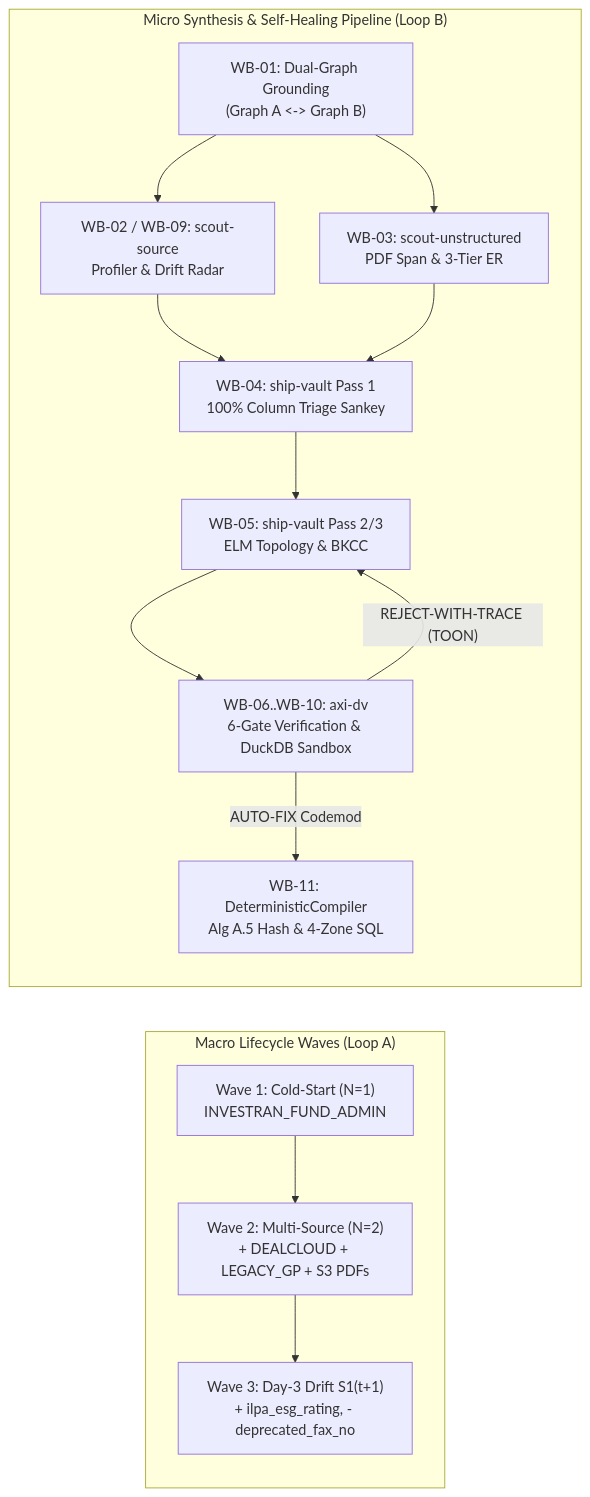
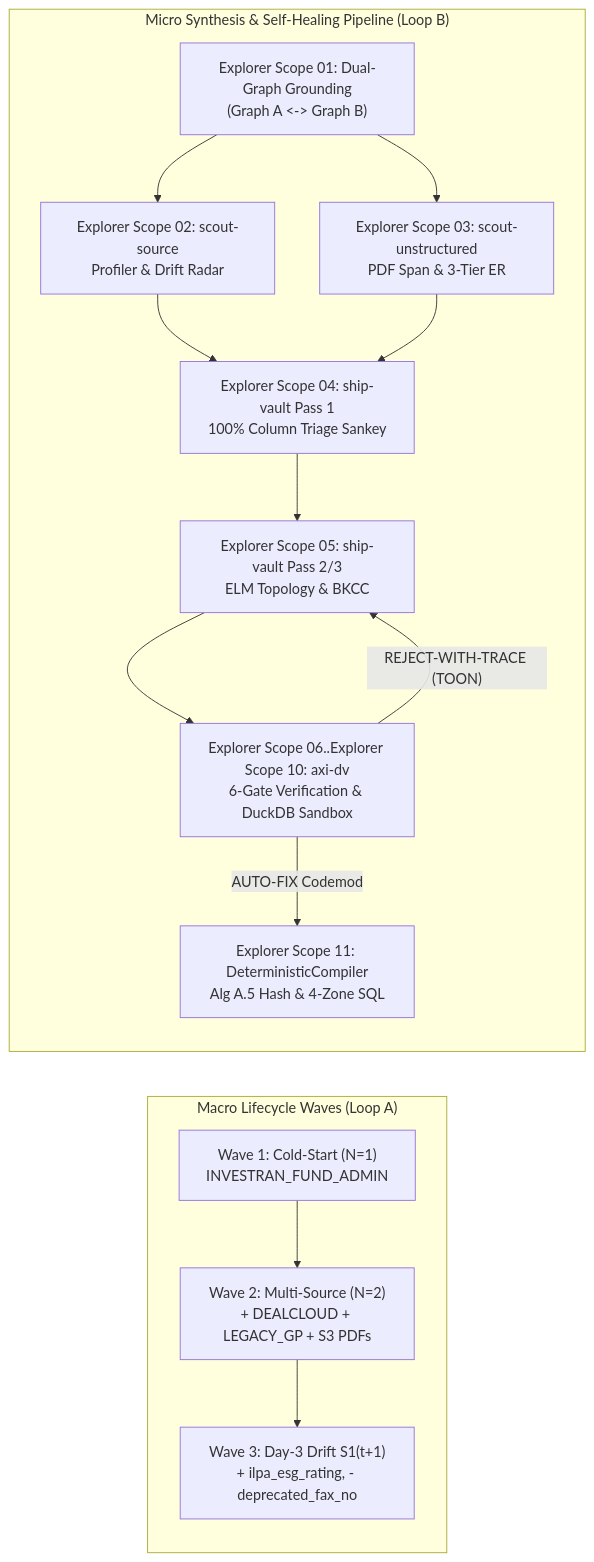
One commit to nogoo9/open-dv changed the second of 4 diagrams in docs/06-explainability-and-observability-spec.md. Above: the diagram before and after it, drawn with Mermaid. The commit also changed other lines of this file and 48 other files, not shown here.

````diff
--- a/docs/06-explainability-and-observability-spec.md
+++ b/docs/06-explainability-and-observability-spec.md
@@ -329,17 +329,17 @@
 ```mermaid
 flowchart LR
     subgraph LoopA["Macro Lifecycle Waves (Loop A)"]
         W1["Wave 1: Cold-Start (N=1)\nINVESTRAN_FUND_ADMIN"] --> W2["Wave 2: Multi-Source (N=2)\n+ DEALCLOUD + LEGACY_GP + S3 PDFs"]
         W2 --> W3["Wave 3: Day-3 Drift S1(t+1)\n+ ilpa_esg_rating, - deprecated_fax_no"]
     end
 
     subgraph LoopB["Micro Synthesis & Self-Healing Pipeline (Loop B)"]
-        S0["WB-01: Dual-Graph Grounding\n(Graph A <-> Graph B)"] --> S1["WB-02 / WB-09: scout-source\nProfiler & Drift Radar"]
-        S0 --> S2["WB-03: scout-unstructured\nPDF Span & 3-Tier ER"]
-        S1 & S2 --> S3["WB-04: ship-vault Pass 1\n100% Column Triage Sankey"]
-        S3 --> S4["WB-05: ship-vault Pass 2/3\nELM Topology & BKCC"]
-        S4 --> S5["WB-06..WB-10: axi-dv\n6-Gate Verification & DuckDB Sandbox"]
+        S0["Explorer Scope 01: Dual-Graph Grounding\n(Graph A <-> Graph B)"] --> S1["Explorer Scope 02: scout-source\nProfiler & Drift Radar"]
+        S0 --> S2["Explorer Scope 03: scout-unstructured\nPDF Span & 3-Tier ER"]
+        S1 & S2 --> S3["Explorer Scope 04: ship-vault Pass 1\n100% Column Triage Sankey"]
+        S3 --> S4["Explorer Scope 05: ship-vault Pass 2/3\nELM Topology & BKCC"]
+        S4 --> S5["Explorer Scope 06..Explorer Scope 10: axi-dv\n6-Gate Verification & DuckDB Sandbox"]
         S5 -->|"REJECT-WITH-TRACE (TOON)"| S4
-        S5 -->|"AUTO-FIX Codemod"| S6["WB-11: DeterministicCompiler\nAlg A.5 Hash & 4-Zone SQL"]
+        S5 -->|"AUTO-FIX Codemod"| S6["Explorer Scope 11: DeterministicCompiler\nAlg A.5 Hash & 4-Zone SQL"]
     end
 ```
````
